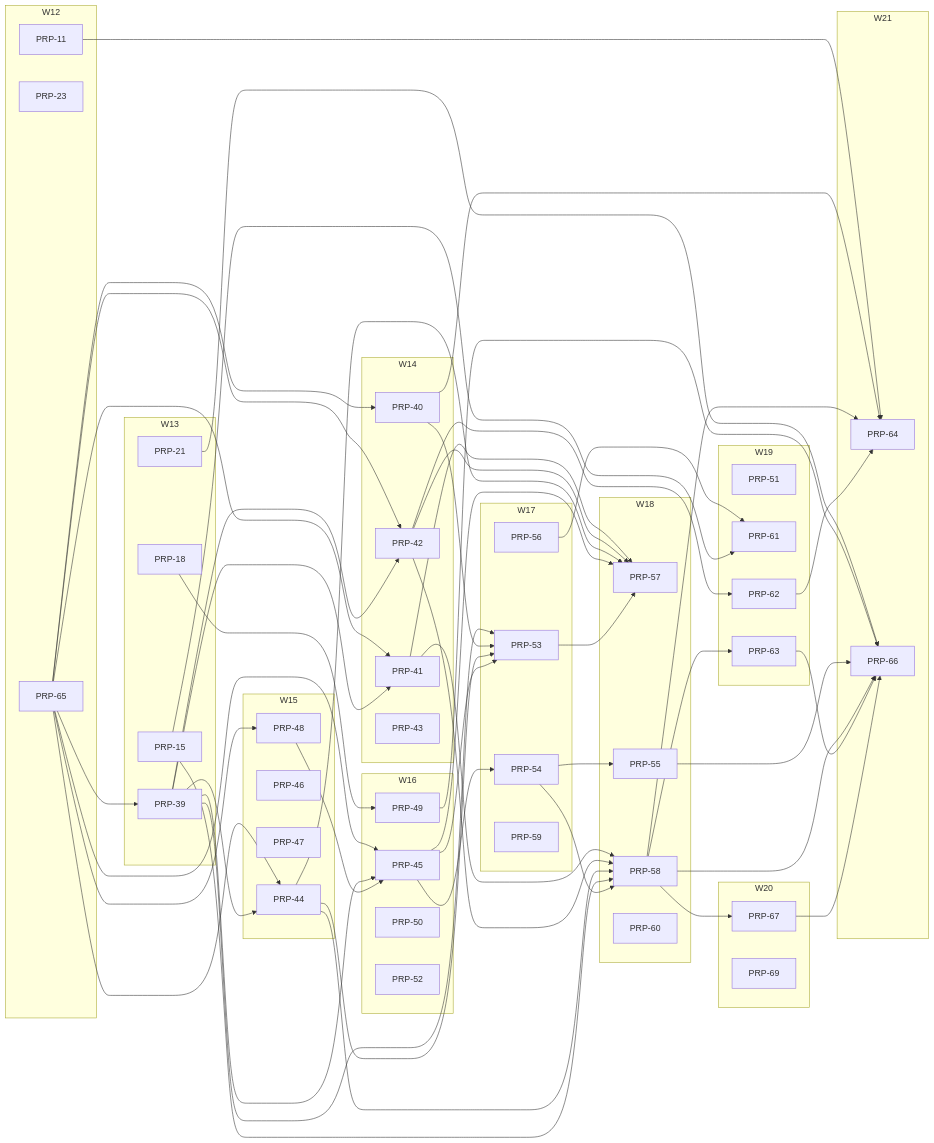
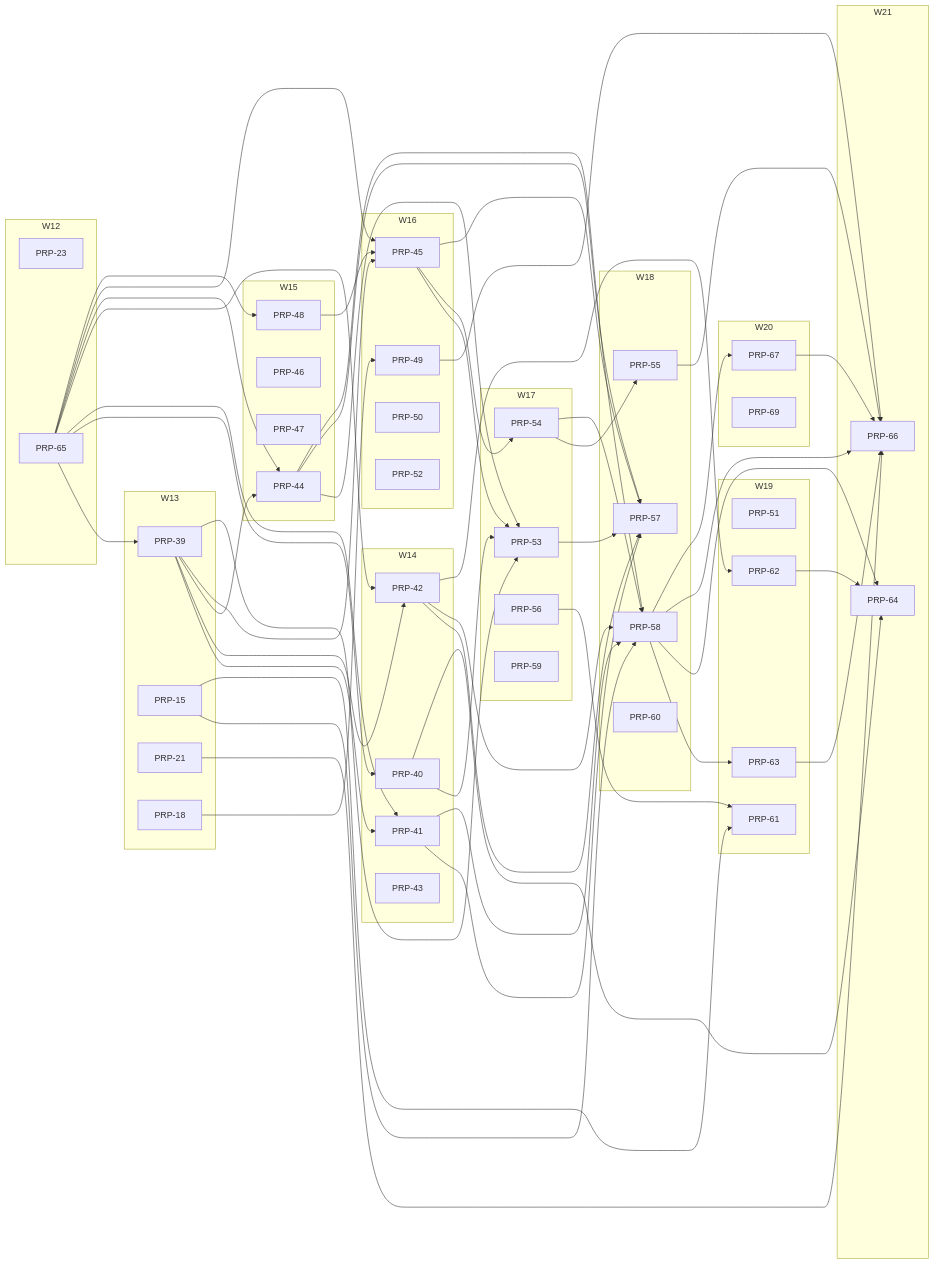
One commit to fgarofalo56/neurosphere changed the diagram in PRPs/EXECUTION-PLAN.md. Above: the diagram before and after it, drawn with Mermaid. The commit also changed other lines of this file and 5 other files, not shown here.

````diff
--- a/PRPs/EXECUTION-PLAN.md
+++ b/PRPs/EXECUTION-PLAN.md
@@ -162,7 +161,6 @@
 ```mermaid
 flowchart LR
   subgraph W12
-    P11["PRP-11"]
     P23["PRP-23"]
     P65["PRP-65"]
   end
@@ -249,7 +247,6 @@
   P15 --> P61
   P42 --> P62
   P58 --> P63
-  P11 --> P64
   P40 --> P64
   P58 --> P64
   P62 --> P64
````
